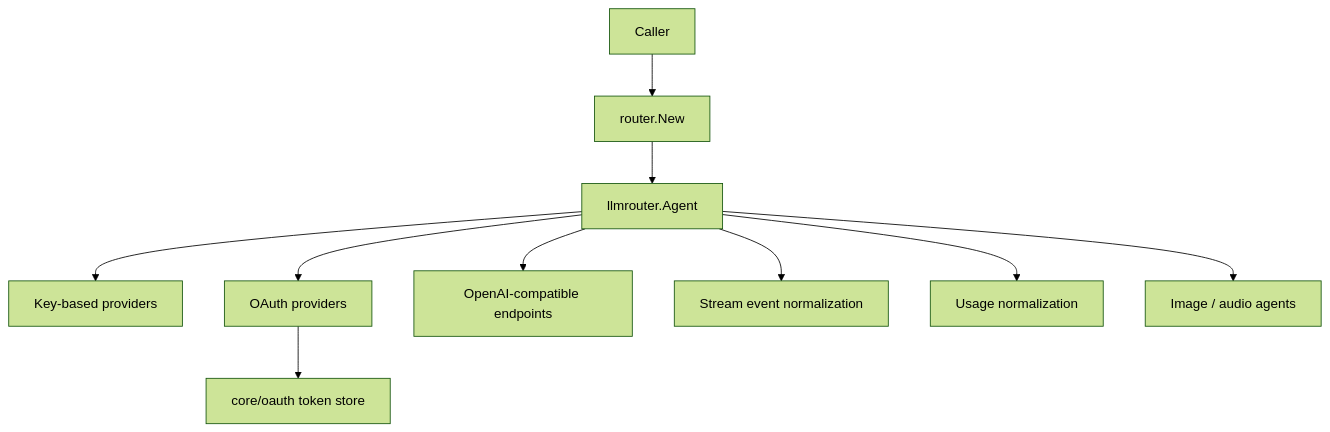
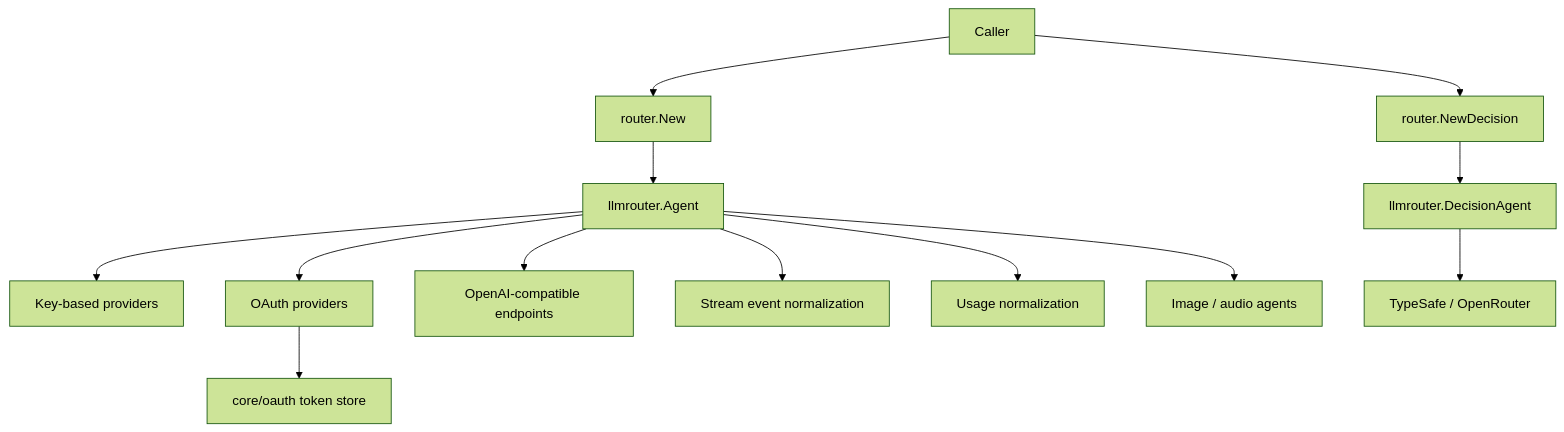
Before and after one commit to pardnchiu/go-llm-router: the diagram in README.md, drawn with Mermaid (forest theme). The commit also changed other lines of this file and 32 other files, not shown here.

````diff
--- a/README.md
+++ b/README.md
@@ -47,12 +48,15 @@
 ```mermaid
 graph TB
     App[Caller] --> Router[router.New]
     Router --> Agent[llmrouter.Agent]
     Agent --> KeyBased[Key-based providers]
     Agent --> OAuthBased[OAuth providers]
     Agent --> Compat[OpenAI-compatible endpoints]
     OAuthBased --> OAuth[core/oauth token store]
     Agent --> Stream[Stream event normalization]
     Agent --> Usage[Usage normalization]
     Agent --> Media[Image / audio agents]
+    App --> DecisionRouter[router.NewDecision]
+    DecisionRouter --> Decision[llmrouter.DecisionAgent]
+    Decision --> DecisionProviders[TypeSafe / OpenRouter]
 ```
````
